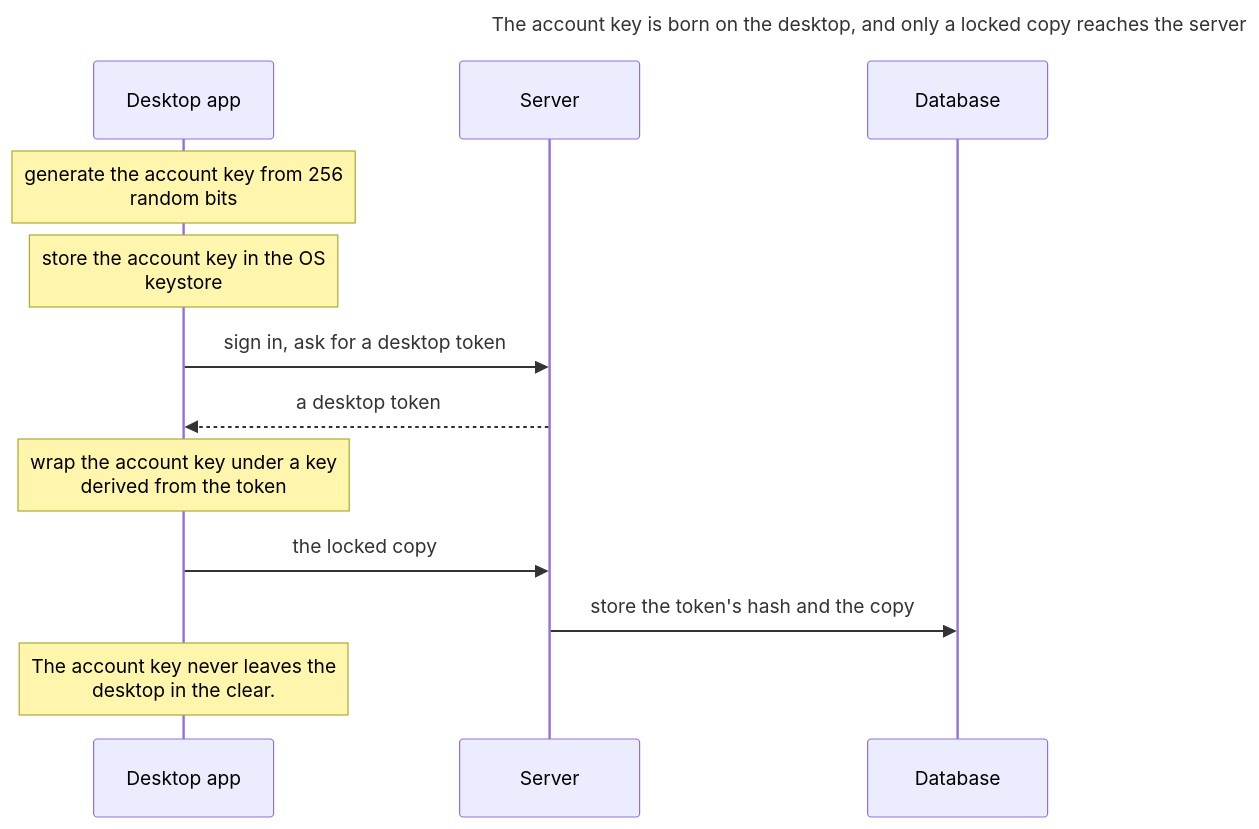
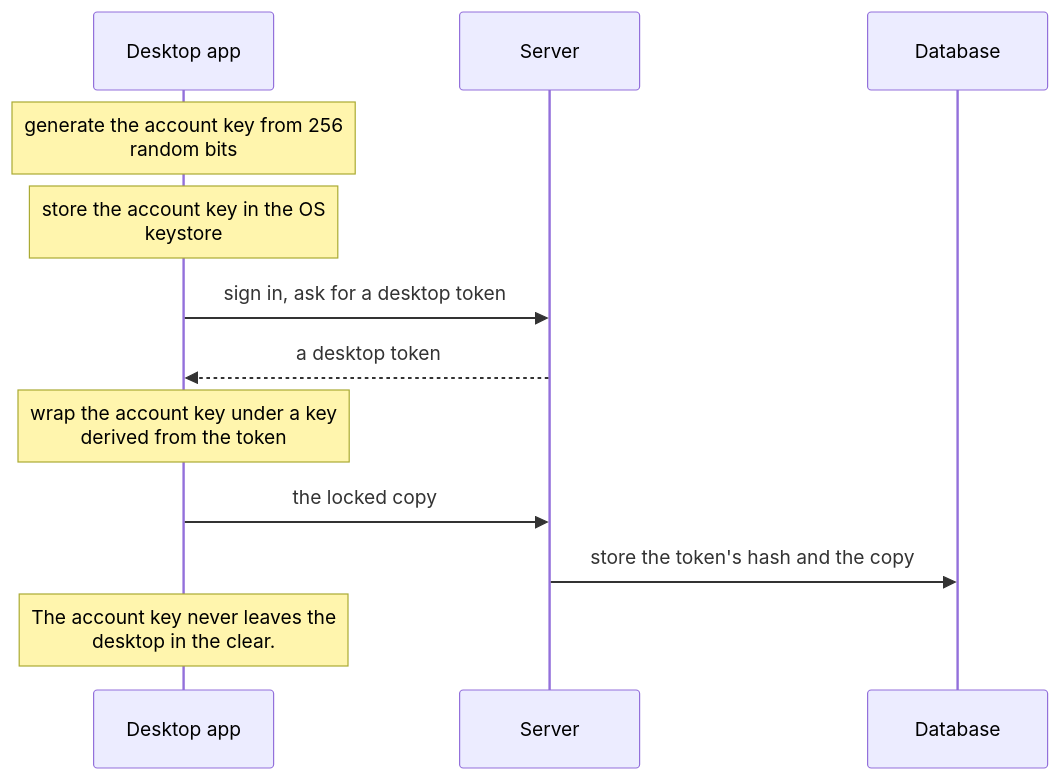
Before and after one commit to ajs-consult-llc/mirror-encryption-rfc: the diagram in diagrams/create-4-parties.mmd, drawn with Mermaid. The commit also changed 40 other files, not shown here.

First line of the commit message:
Diagrams: the doc's own pictures, with the Mermaid in an appendix

```diff
--- a/diagrams/create-4-parties.mmd
+++ b/diagrams/create-4-parties.mmd
@@ -1,17 +1,14 @@
----
-title: "The account key is born on the desktop, and only a locked copy reaches the server"
----
 sequenceDiagram
   accTitle: The account key is born on the desktop, and only a locked copy reaches the server
   accDescr: Create. The desktop app generates the account key from 256 random bits and stores it in the OS keystore. It signs in and asks the server for a desktop token, and the server replies with one. The desktop app wraps the account key under a key derived from the token and sends the locked copy to the server, which stores the token's hash and the copy in the database. The account key never leaves the desktop in the clear.
   participant D as Desktop app
   participant S as Server
   participant DB as Database
   Note over D: generate the account key from 256<br/>random bits
   Note over D: store the account key in the OS<br/>keystore
   D->>S: sign in, ask for a desktop token
   S-->>D: a desktop token
   Note over D: wrap the account key under a key<br/>derived from the token
   D->>S: the locked copy
   S->>DB: store the token's hash and the copy
   Note over D: The account key never leaves the<br/>desktop in the clear.
```
